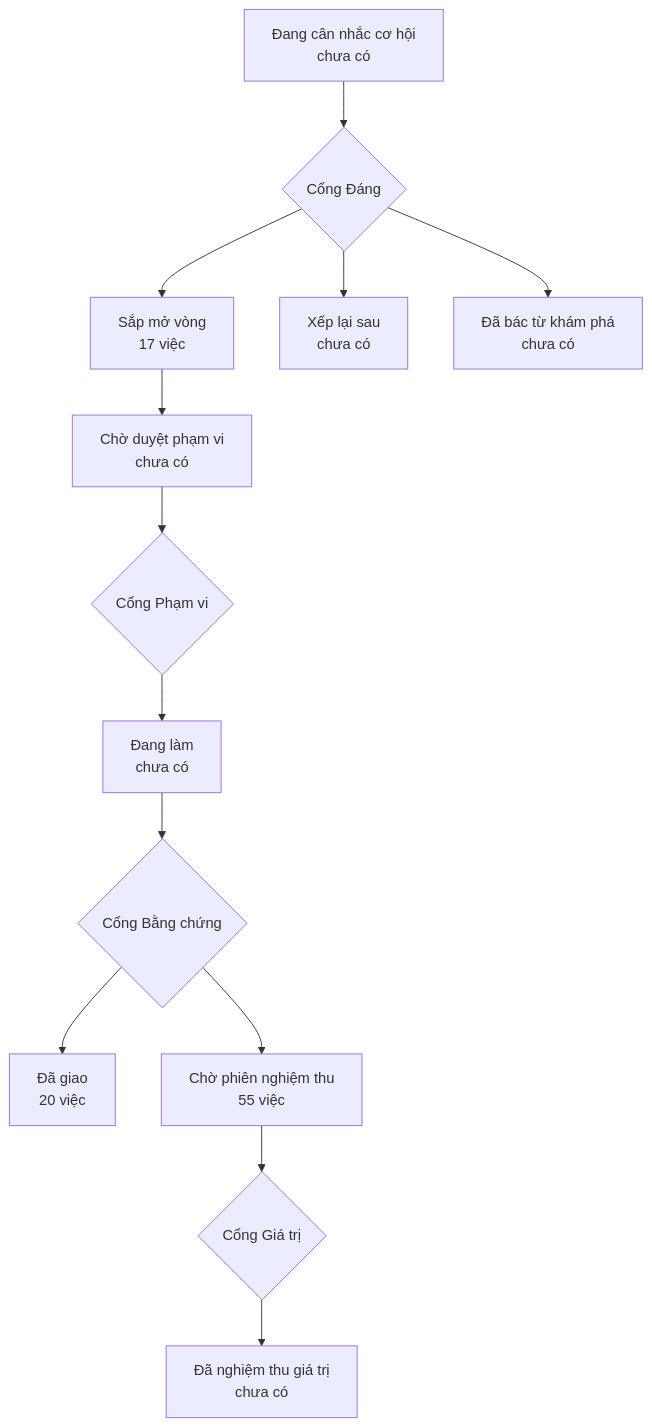
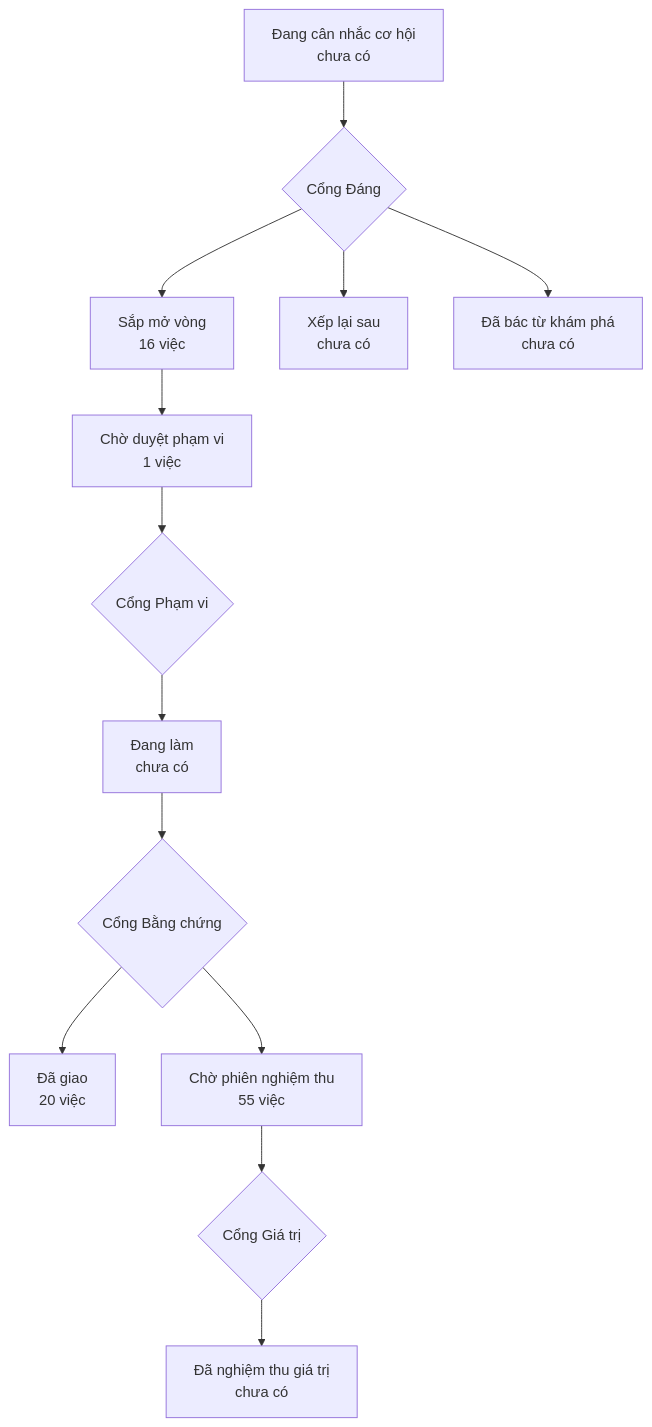
Before and after one commit to phanlemanh/onehub-quy-hang: the diagram in PRODUCT-MAP.md, drawn with Mermaid. The commit also changed other lines of this file and 29 other files, not shown here.

Commit message:
docs(hom-nay-truong-nhom): thiết kế, hợp đồng, đánh giá, trang ba lối — Cổng Phạm vi

````diff
--- a/PRODUCT-MAP.md
+++ b/PRODUCT-MAP.md
@@ -7,12 +7,12 @@
 ```mermaid
 flowchart TD
   A["Đang cân nhắc cơ hội<br/>chưa có"] --> GD{"Cổng Đáng"}
-  GD --> B["Sắp mở vòng<br/>17 việc"]
+  GD --> B["Sắp mở vòng<br/>16 việc"]
   GD --> XL["Xếp lại sau<br/>chưa có"]
   GD --> DB["Đã bác từ khám phá<br/>chưa có"]
-  B --> CD["Chờ duyệt phạm vi<br/>chưa có"] --> GP{"Cổng Phạm vi"}
+  B --> CD["Chờ duyệt phạm vi<br/>1 việc"] --> GP{"Cổng Phạm vi"}
   GP --> DL["Đang làm<br/>chưa có"] --> GB{"Cổng Bằng chứng"}
   GB --> DG["Đã giao<br/>20 việc"]
   GB --> CN["Chờ phiên nghiệm thu<br/>55 việc"] --> GG{"Cổng Giá trị"}
   GG --> NT["Đã nghiệm thu giá trị<br/>chưa có"]
 ```
````
